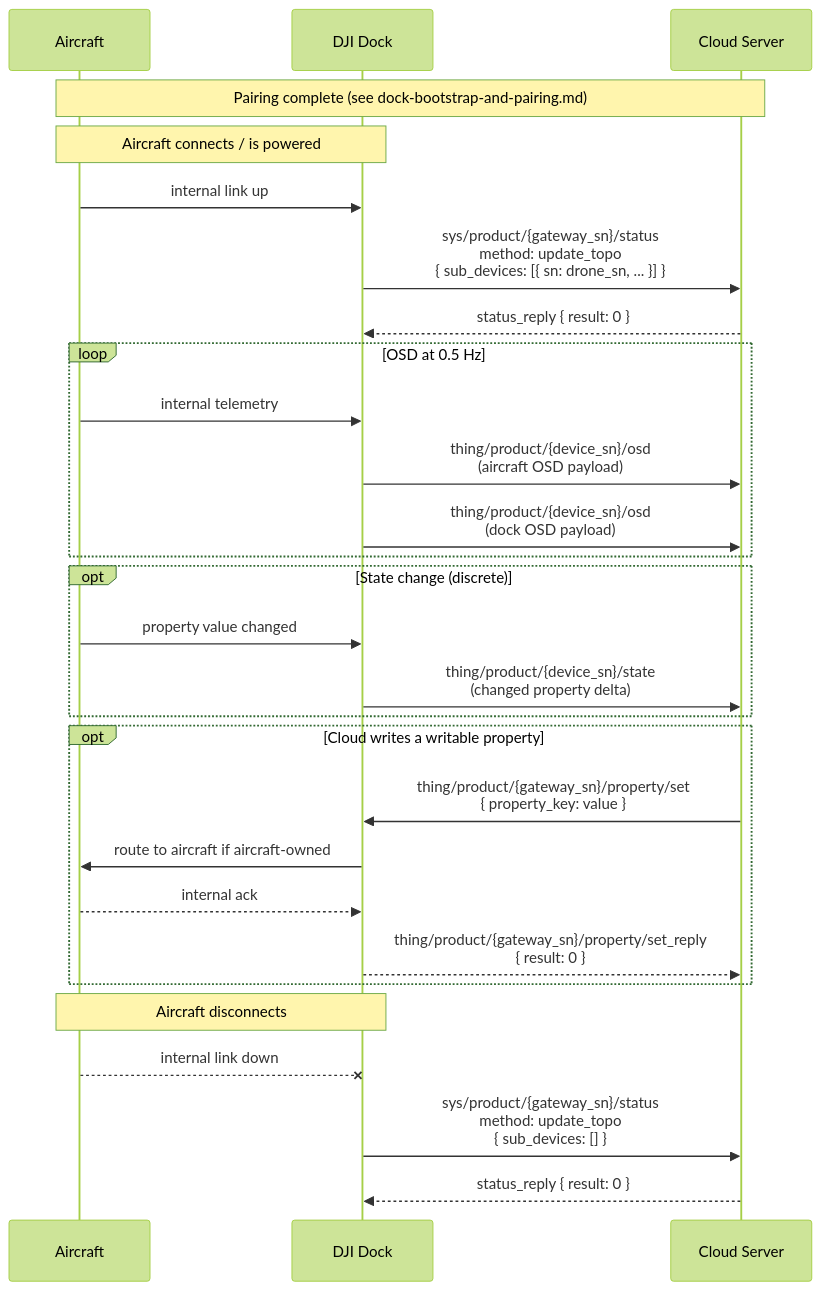
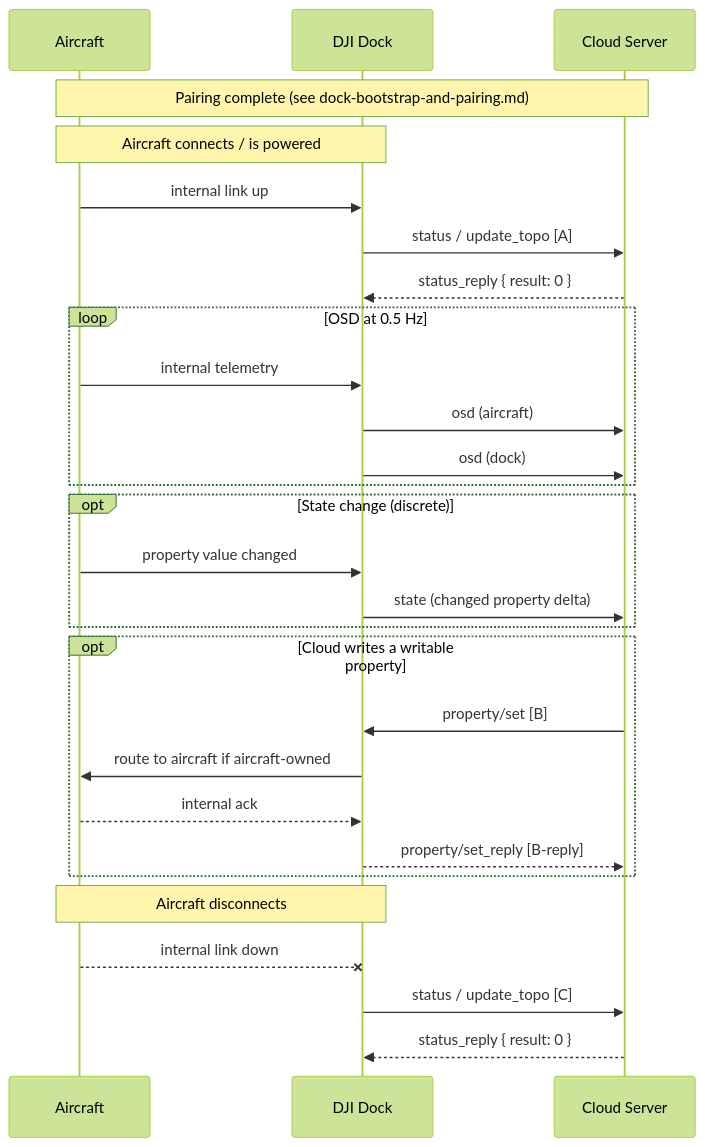
The first of 2 diagrams in master-docs/workflows/device-binding.md (larry-watkins-wps/DJI-docs-master), drawn with Mermaid (forest theme) before and after one commit. The commit also changed other lines of this file and 10 other files, not shown here.

First line of the commit message:
docs: beautify workflow mermaid diagrams with separate JSON payload blocks

````diff
--- a/master-docs/workflows/device-binding.md
+++ b/master-docs/workflows/device-binding.md
@@ -43,36 +43,36 @@
 ```mermaid
 sequenceDiagram
     participant aircraft as Aircraft
     participant dock as DJI Dock
     participant cloud as Cloud Server
 
     note over aircraft,cloud: Pairing complete (see dock-bootstrap-and-pairing.md)
 
     note over aircraft,dock: Aircraft connects / is powered
     aircraft ->> dock: internal link up
-    dock ->> cloud: sys/product/{gateway_sn}/status<br/>method: update_topo<br/>{ sub_devices: [{ sn: drone_sn, ... }] }
+    dock ->> cloud: status / update_topo   [A]
     cloud -->> dock: status_reply { result: 0 }
 
     loop OSD at 0.5 Hz
         aircraft ->> dock: internal telemetry
-        dock ->> cloud: thing/product/{device_sn}/osd<br/>(aircraft OSD payload)
-        dock ->> cloud: thing/product/{device_sn}/osd<br/>(dock OSD payload)
+        dock ->> cloud: osd (aircraft)
+        dock ->> cloud: osd (dock)
     end
 
     opt State change (discrete)
         aircraft ->> dock: property value changed
-        dock ->> cloud: thing/product/{device_sn}/state<br/>(changed property delta)
+        dock ->> cloud: state (changed property delta)
     end
 
     opt Cloud writes a writable property
-        cloud ->> dock: thing/product/{gateway_sn}/property/set<br/>{ property_key: value }
+        cloud ->> dock: property/set   [B]
         dock ->> aircraft: route to aircraft if aircraft-owned
         aircraft -->> dock: internal ack
-        dock -->> cloud: thing/product/{gateway_sn}/property/set_reply<br/>{ result: 0 }
+        dock -->> cloud: property/set_reply   [B-reply]
     end
 
     note over aircraft,dock: Aircraft disconnects
     aircraft --x dock: internal link down
-    dock ->> cloud: sys/product/{gateway_sn}/status<br/>method: update_topo<br/>{ sub_devices: [] }
+    dock ->> cloud: status / update_topo   [C]
     cloud -->> dock: status_reply { result: 0 }
 ```
````
